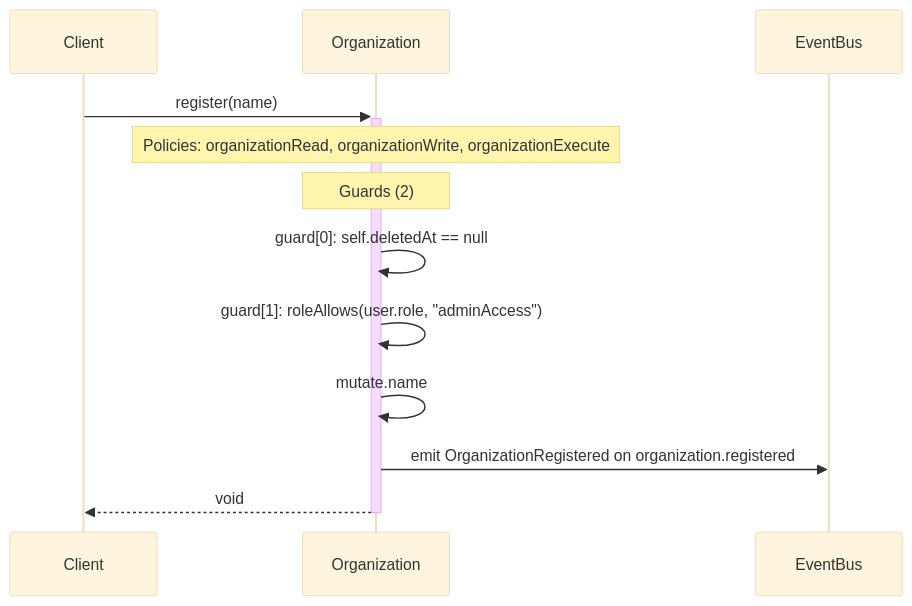
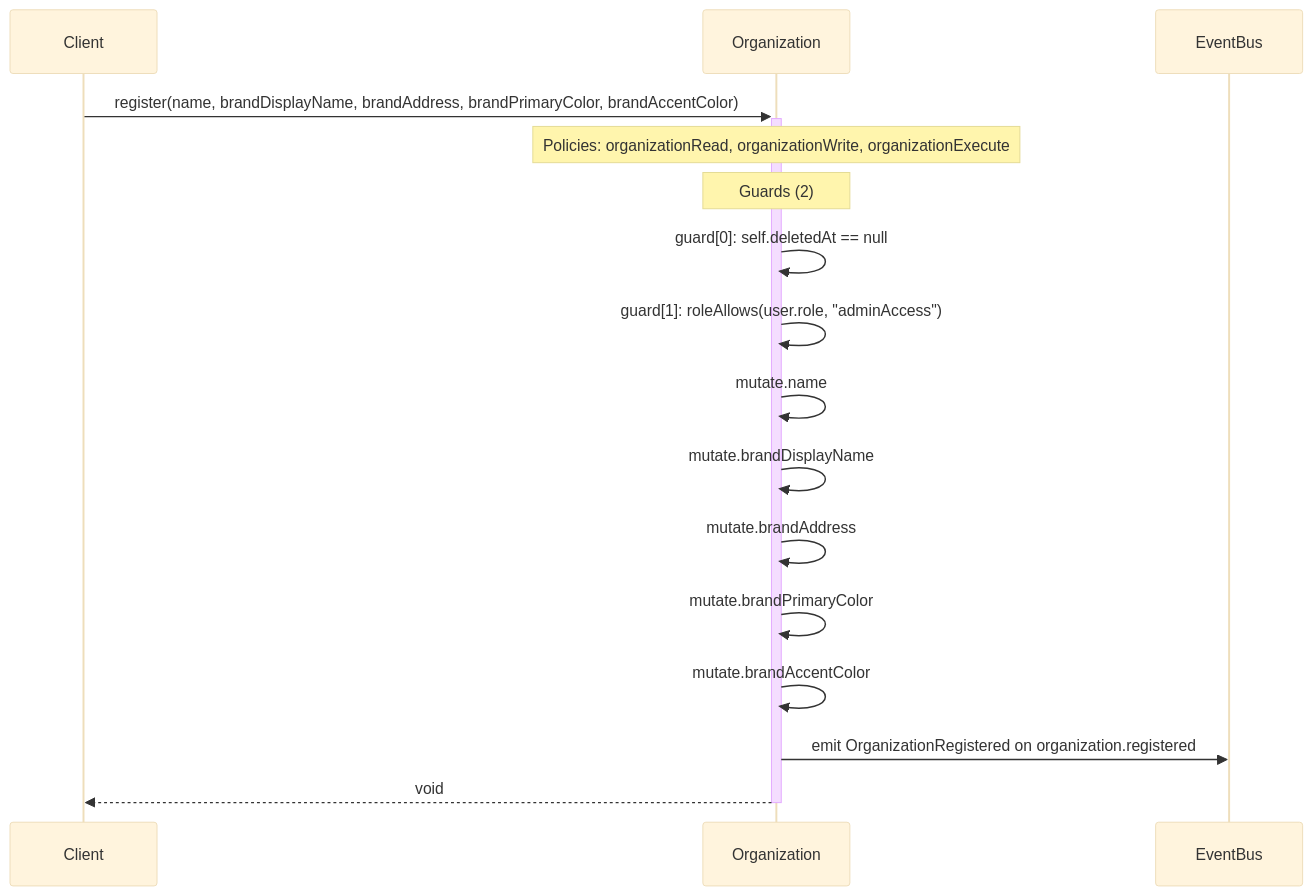
One commit to Angriff36/capsule changed the diagram in diagrams/sequence-Organization-register.mmd. Above: the diagram before and after it, drawn with Mermaid (base theme). The commit also changed 690 other files, not shown here.

```diff
--- a/diagrams/sequence-Organization-register.mmd
+++ b/diagrams/sequence-Organization-register.mmd
@@ -1,12 +1,16 @@
 sequenceDiagram
     participant Client
     participant Organization as Organization
     participant EventBus
-    Client->>+Organization: register(name)
+    Client->>+Organization: register(name, brandDisplayName, brandAddress, brandPrimaryColor, brandAccentColor)
     Note over Organization: Policies: organizationRead, organizationWrite, organizationExecute
     Note over Organization: Guards (2)
     Organization->>Organization: guard[0]: self.deletedAt == null
     Organization->>Organization: guard[1]: roleAllows(user.role, #quot;adminAccess#quot;)
     Organization->>Organization: mutate.name
+    Organization->>Organization: mutate.brandDisplayName
+    Organization->>Organization: mutate.brandAddress
+    Organization->>Organization: mutate.brandPrimaryColor
+    Organization->>Organization: mutate.brandAccentColor
     Organization->>EventBus: emit OrganizationRegistered on organization.registered
     Organization-->>-Client: void
```
